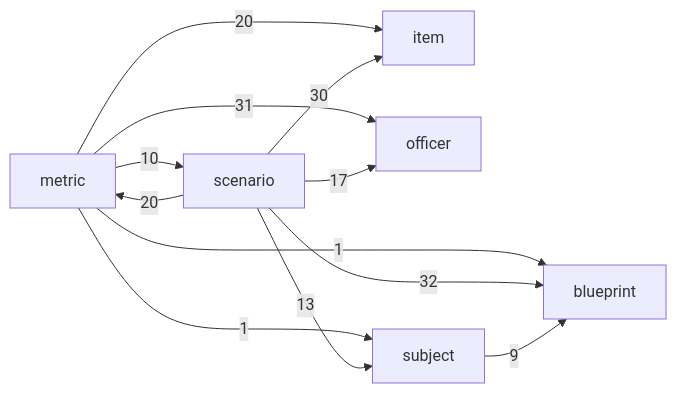
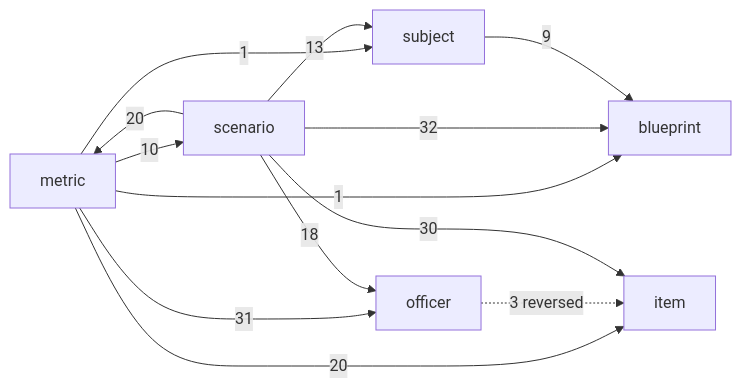
Before and after one commit to geraldmaron/tactically-idle: the diagram in docs/architecture.md, drawn with Mermaid. The commit also changed other lines of this file and 21 other files, not shown here.

````diff
--- a/docs/architecture.md
+++ b/docs/architecture.md
@@ -40,14 +40,15 @@
 ```mermaid
 flowchart LR
   metric -->|1| blueprint
   metric -->|20| item
   metric -->|31| officer
   metric -->|10| scenario
   metric -->|1| subject
+  officer -.->|3 reversed| item
   scenario -->|32| blueprint
   scenario -->|30| item
   scenario -->|20| metric
-  scenario -->|17| officer
+  scenario -->|18| officer
   scenario -->|13| subject
   subject -->|9| blueprint
 ```
````
